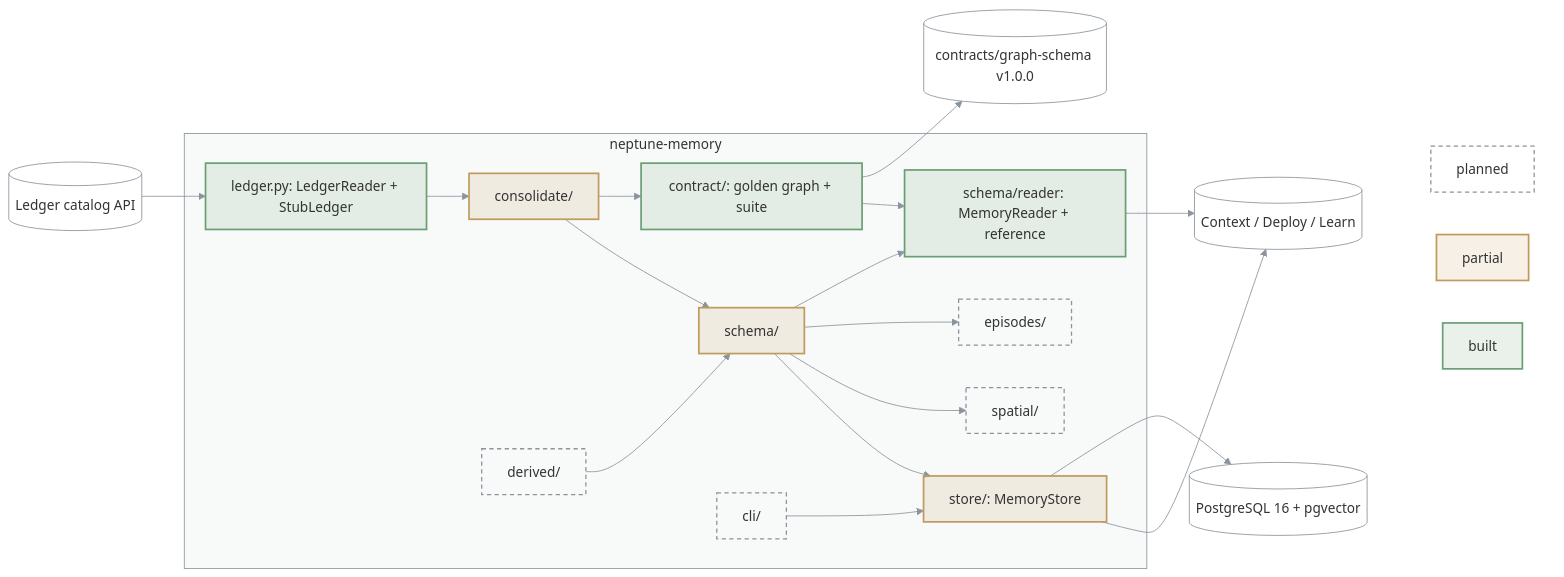
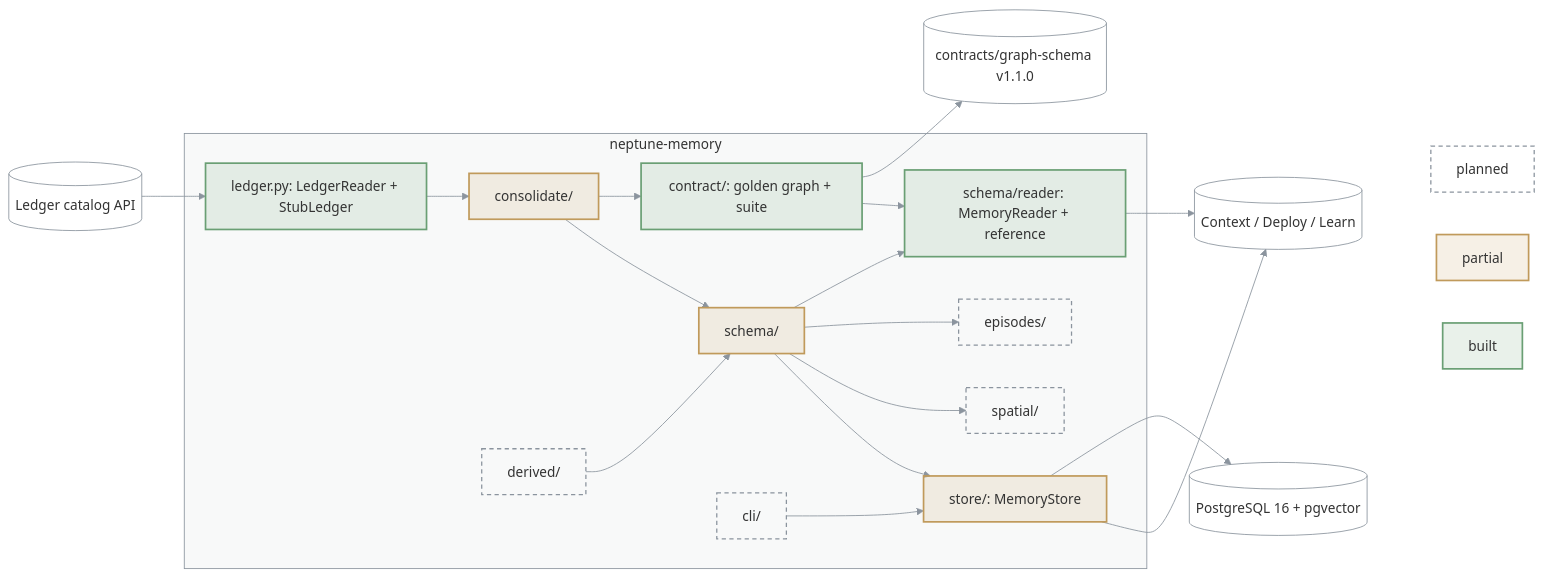
One commit to bennytay/neptune changed the diagram in packages/neptune-memory/ARCHITECTURE.md. Above: the diagram before and after it, drawn with Mermaid. The commit also changed 15 other files, not shown here.

First line of the commit message:
feat(memory): publish graph-schema 1.1.0 with the fleet register identity link

````diff
--- a/packages/neptune-memory/ARCHITECTURE.md
+++ b/packages/neptune-memory/ARCHITECTURE.md
@@ -3,48 +3,48 @@
 ```mermaid
 flowchart LR
   LED[("Ledger catalog API")]
   PG[("PostgreSQL 16 + pgvector")]
   subgraph M["neptune-memory"]
     SEAM["ledger.py: LedgerReader + StubLedger"]
     CON["consolidate/"]
     DER["derived/"]
     SCH["schema/"]
     RD["schema/reader: MemoryReader + reference"]
     CT["contract/: golden graph + suite"]
     STO["store/: MemoryStore"]
     SPA["spatial/"]
     EPI["episodes/"]
     CLI["cli/"]
   end
   OUT[("Context / Deploy / Learn")]
   LED --> SEAM --> CON --> SCH --> STO
   DER --> SCH
   SCH --> SPA & EPI
   SCH --> RD --> OUT
   CON --> CT --> RD
-  CT --> REG[("contracts/graph-schema v1.0.0")]
+  CT --> REG[("contracts/graph-schema v1.1.0")]
   STO --> OUT
   CLI --> STO
   STO --> PG
 
   subgraph KEY[" "]
     K1["built"]
     K2["partial"]
     K3["planned"]
   end
   OUT ~~~ K1 & K2 & K3
 
   classDef built fill:#6a9f7426,stroke:#6a9f74,stroke-width:2px
   classDef partial fill:#c09a5b26,stroke:#c09a5b,stroke-width:2px
   classDef todo fill:none,stroke:#8b949e,stroke-width:1.5px,stroke-dasharray:5 4
   classDef ext fill:none,stroke:#8b949e,stroke-width:1px
   class K1 built
   class K2 partial
   class DER,SPA,EPI,CLI,K3 todo
   class CON,SCH,STO partial
   class SEAM,RD,CT built
   class LED,OUT,PG,REG ext
   style M fill:#8b949e0f,stroke:#8b949e
   style KEY fill:none,stroke:none
   linkStyle default stroke:#8b949e
 ```
````
